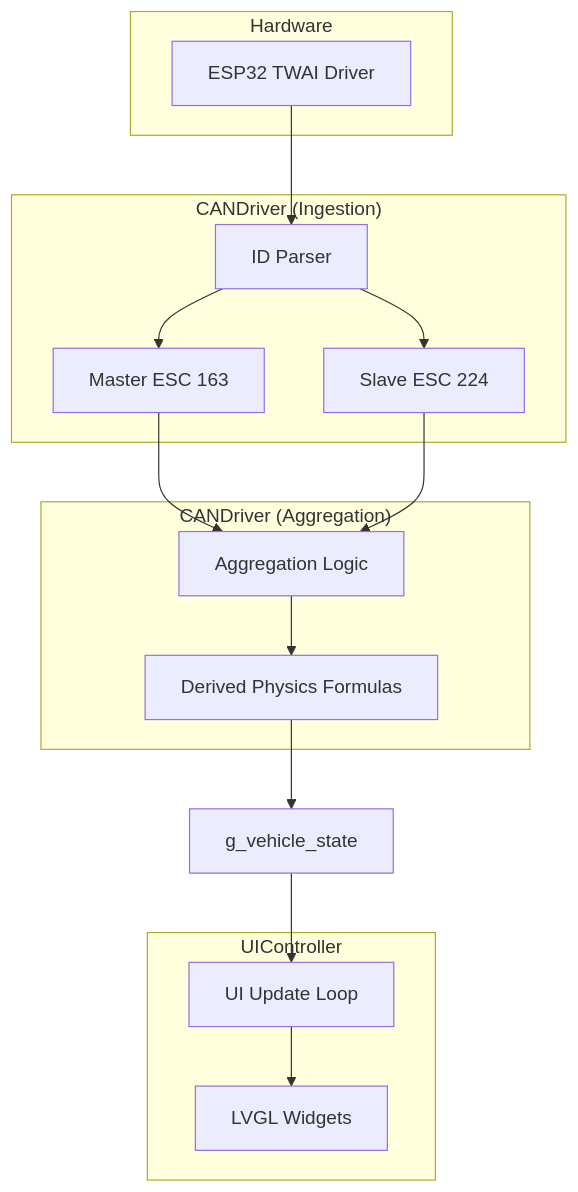
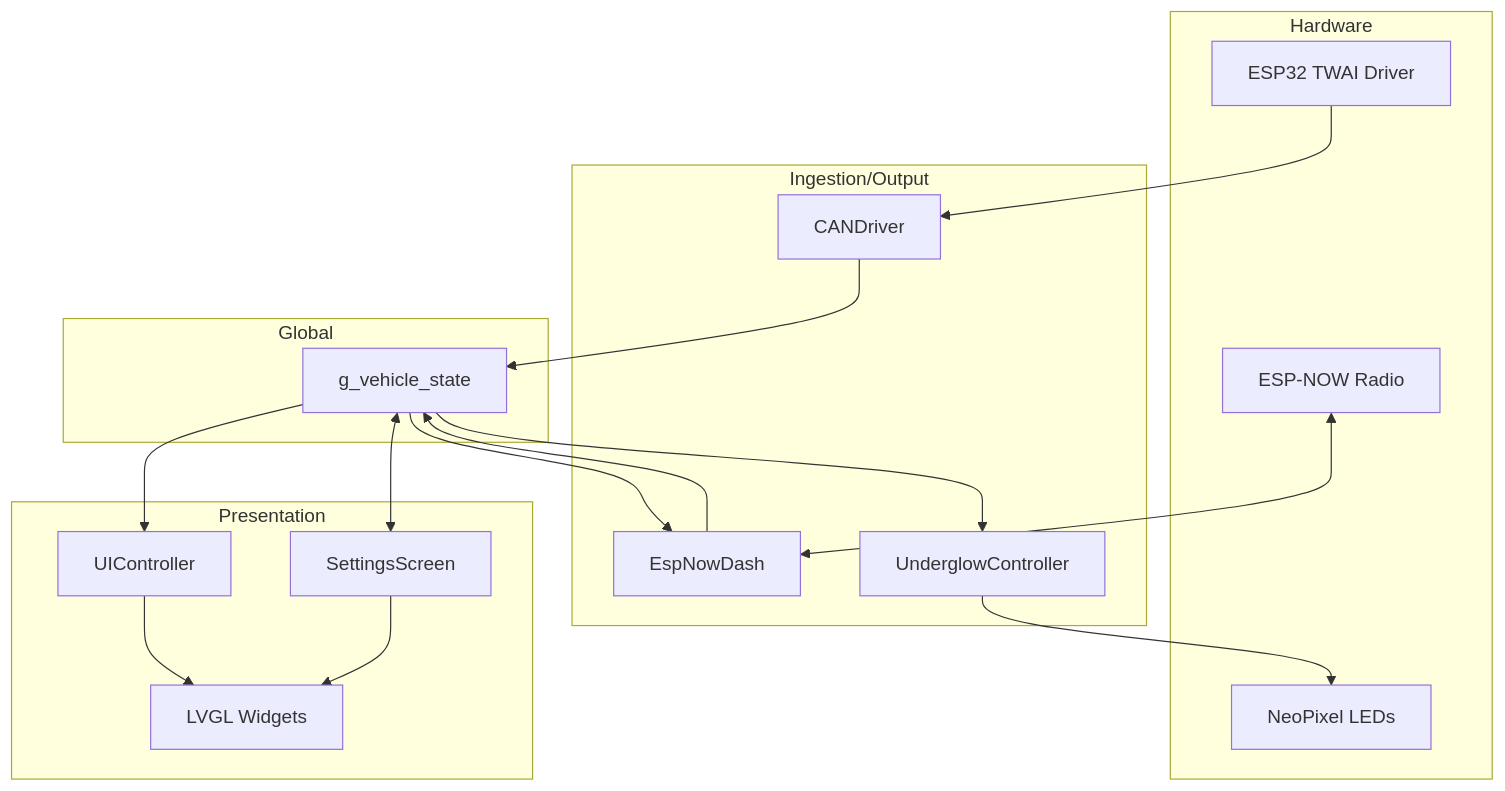
One commit to whos-tac/Acceler8 changed the diagram in .ai_context/system_architecture.md. Above: the diagram before and after it, drawn with Mermaid. The commit also changed other lines of this file and 30 other files, not shown here.

Commit message:
feat: implement dashboard system architecture including CAN/UART drivers, UI controller, and ESP-NOW communication logic

````diff
--- a/.ai_context/system_architecture.md
+++ b/.ai_context/system_architecture.md
@@ -44,34 +45,38 @@
 ```mermaid
 graph TD
     subgraph "Hardware"
         TWAI[ESP32 TWAI Driver]
+        WIFI[ESP-NOW Radio]
+        LEDS[NeoPixel LEDs]
     end
 
-    subgraph "CANDriver (Ingestion)"
-        Parse[ID Parser]
-        E0[Master ESC 163]
-        E1[Slave ESC 224]
+    subgraph "Ingestion/Output"
+        CAN[CANDriver]
+        ESP[EspNowDash]
+        UND[UnderglowController]
     end
 
-    subgraph "CANDriver (Aggregation)"
-        Agg[Aggregation Logic]
-        Fm[Derived Physics Formulas]
+    subgraph "Global"
+        State[g_vehicle_state]
     end
 
-    Global[g_vehicle_state]
-
-    subgraph "UIController"
-        Upd[UI Update Loop]
+    subgraph "Presentation"
+        UI[UIController]
+        SET[SettingsScreen]
         LVGL[LVGL Widgets]
     end
 
-    TWAI --> Parse
-    Parse --> E0
-    Parse --> E1
-    E0 --> Agg
-    E1 --> Agg
-    Agg --> Fm
-    Fm --> Global
-    Global --> Upd
-    Upd --> LVGL
+    TWAI --> CAN
+    WIFI <--> ESP
+    
+    CAN --> State
+    ESP --> State
+    State --> ESP
+    State --> UND
+    UND --> LEDS
+    
+    State --> UI
+    State <--> SET
+    UI --> LVGL
+    SET --> LVGL
 ```
````
